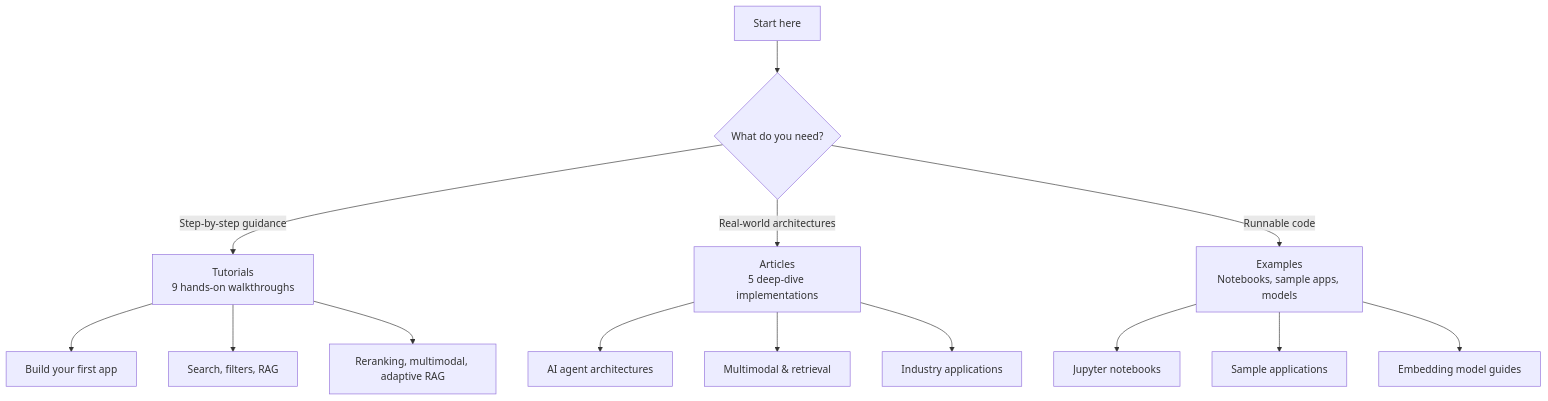
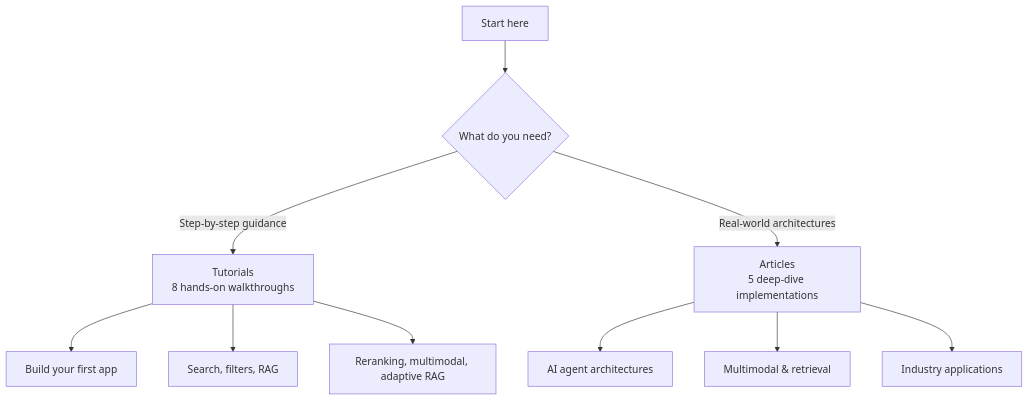
Before and after one commit to ActianCorp/vectorai-db-docs: the diagram in academy/index.mdx, drawn with Mermaid. The commit also changed other lines of this file and 43 other files, not shown here.

````diff
--- a/academy/index.mdx
+++ b/academy/index.mdx
@@ -12,21 +12,16 @@
 ```mermaid
 %% Learning path: each branch leads to a section of the Academy
 flowchart TD
     Start[Start here] --> Q{What do you need?}
 
-    Q --> |Step-by-step guidance| T["Tutorials\n9 hands-on walkthroughs"]
+    Q --> |Step-by-step guidance| T["Tutorials\n8 hands-on walkthroughs"]
     Q --> |Real-world architectures| A["Articles\n5 deep-dive implementations"]
-    Q --> |Runnable code| E["Examples\nNotebooks, sample apps, models"]
 
     T --> T1[Build your first app]
     T --> T2[Search, filters, RAG]
     T --> T3[Reranking, multimodal, adaptive RAG]
 
     A --> A1[AI agent architectures]
     A --> A2[Multimodal & retrieval]
     A --> A3[Industry applications]
-
-    E --> E1[Jupyter notebooks]
-    E --> E2[Sample applications]
-    E --> E3[Embedding model guides]
 ```
````
